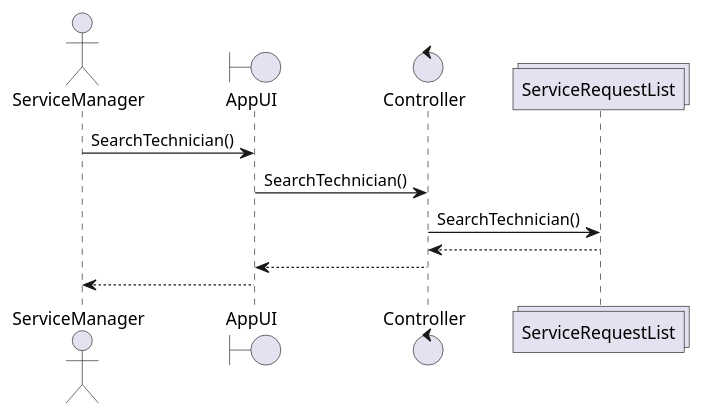
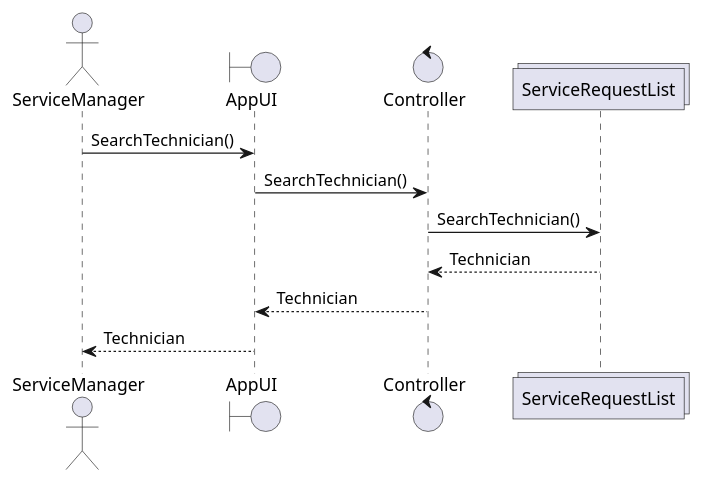
Before and after one commit to WLun001/service-request-app: the diagram in UML/SequenceDiagram/SearchServiceRequest.puml, drawn with PlantUML. The commit also changed 1 other file, not shown here.

Commit message:
edited sequence diagram

```diff
--- a/UML/SequenceDiagram/SearchServiceRequest.puml
+++ b/UML/SequenceDiagram/SearchServiceRequest.puml
@@ -1,13 +1,13 @@
 @startuml
 Actor ServiceManager
 Boundary AppUI
 Control Controller
 Collections ServiceRequestList
 
 ServiceManager -> AppUI : SearchTechnician()
 AppUI -> Controller :  SearchTechnician()
 Controller -> ServiceRequestList : SearchTechnician()
-ServiceRequestList --> Controller
-Controller --> AppUI
-AppUI --> ServiceManager
+ServiceRequestList --> Controller : Technician
+Controller --> AppUI : Technician
+AppUI --> ServiceManager : Technician
 @enduml
```
